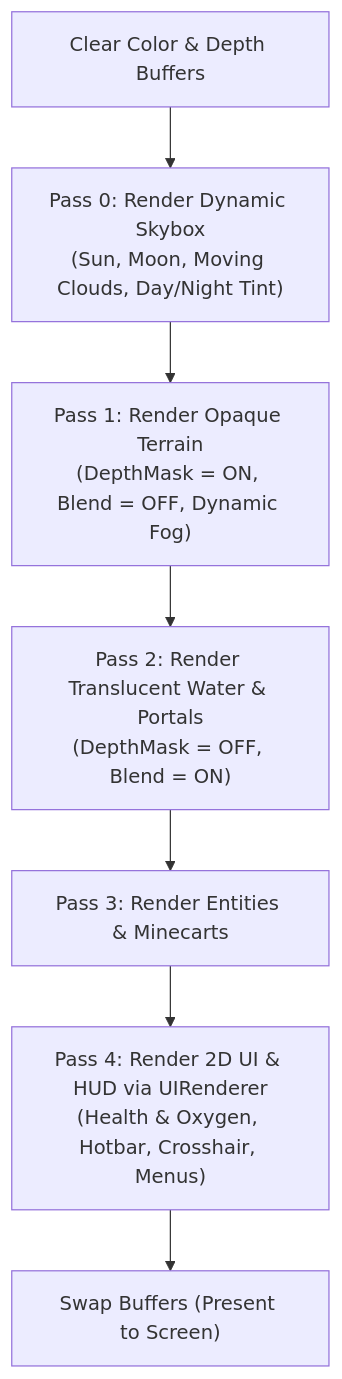
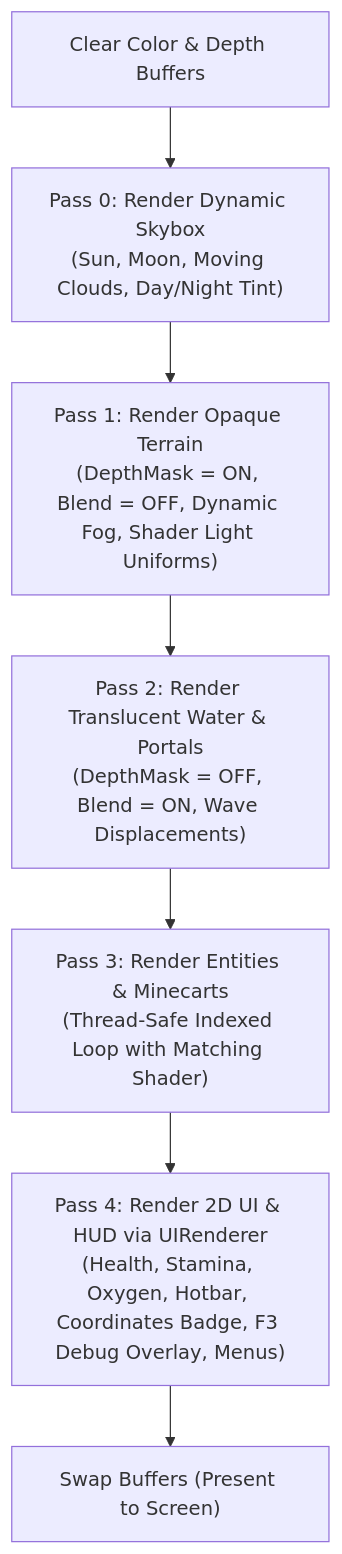
Before and after one commit to SpoiledUnknown/VelmoraCraft: the fourth of 5 diagrams in docs/flow.md, drawn with Mermaid. The commit also changed other lines of this file and 14 other files, not shown here.

````diff
--- a/docs/flow.md
+++ b/docs/flow.md
@@ -136,9 +160,9 @@
 ```mermaid
 flowchart TD
     Clear["Clear Color & Depth Buffers"] --> Sky["Pass 0: Render Dynamic Skybox\n(Sun, Moon, Moving Clouds, Day/Night Tint)"]
-    Sky --> Opaque["Pass 1: Render Opaque Terrain\n(DepthMask = ON, Blend = OFF, Dynamic Fog)"]
-    Opaque --> Water["Pass 2: Render Translucent Water & Portals\n(DepthMask = OFF, Blend = ON)"]
-    Water --> Entities["Pass 3: Render Entities & Minecarts"]
-    Entities --> UI["Pass 4: Render 2D UI & HUD via UIRenderer\n(Health & Oxygen, Hotbar, Crosshair, Menus)"]
+    Sky --> Opaque["Pass 1: Render Opaque Terrain\n(DepthMask = ON, Blend = OFF, Dynamic Fog, Shader Light Uniforms)"]
+    Opaque --> Water["Pass 2: Render Translucent Water & Portals\n(DepthMask = OFF, Blend = ON, Wave Displacements)"]
+    Water --> Entities["Pass 3: Render Entities & Minecarts\n(Thread-Safe Indexed Loop with Matching Shader)"]
+    Entities --> UI["Pass 4: Render 2D UI & HUD via UIRenderer\n(Health, Stamina, Oxygen, Hotbar, Coordinates Badge, F3 Debug Overlay, Menus)"]
     UI --> Present["Swap Buffers (Present to Screen)"]
 ```
````
